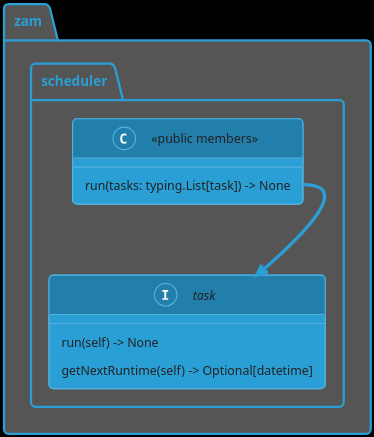
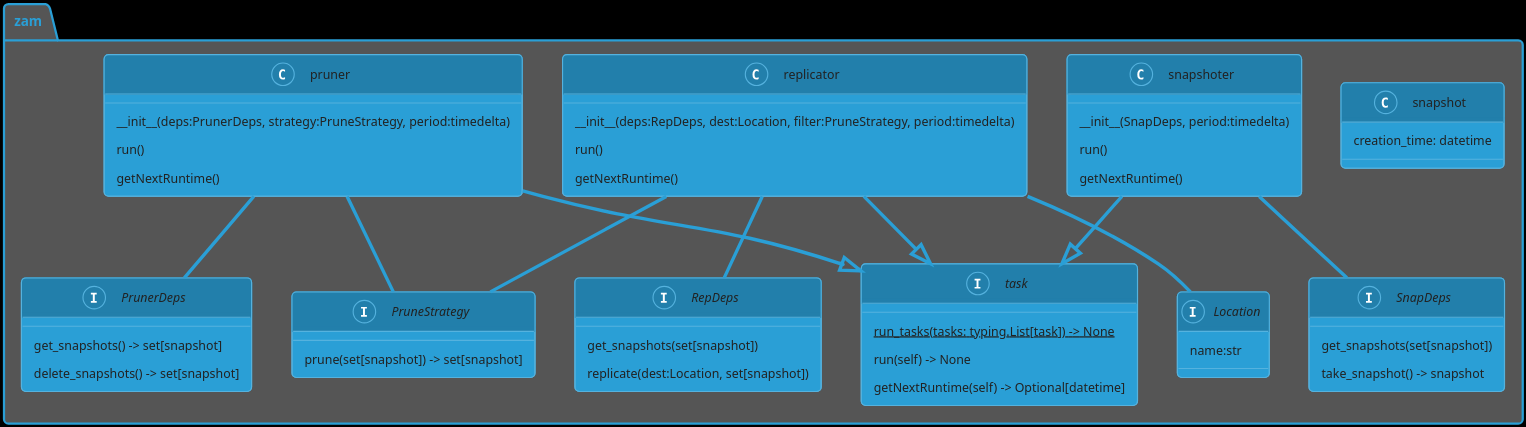
The diagram in docs/class_diagram.plantuml (Ivan-Johnson/ZAM), drawn with PlantUML before and after one commit. The commit also changed 1 other file, not shown here.

Commit message:
Begin drafting new ZAM design
Relates to #17

```diff
--- a/docs/class_diagram.plantuml
+++ b/docs/class_diagram.plantuml
@@ -1,21 +1,77 @@
 @startuml
 !theme cyborg
 skinparam backgroundColor black
 skinparam dpi 300
 
 package "zam" {
-	package "scheduler" {
-		interface task {
-			run(self) -> None
-			getNextRuntime(self) -> Optional[datetime]
-		}
+	interface task {
+		{static} run_tasks(tasks: typing.List[task]) -> None
+		run(self) -> None
+		getNextRuntime(self) -> Optional[datetime]
+	}
 
-		' TODO issue#19: is there a better way of doing this?
-		class "<<public members>>" {
-			run(tasks: typing.List[task]) -> None
-		}
+	class snapshot {
+		creation_time: datetime
+		'guid
+	}
 
-		"<<public members>>::run" --> task
+	interface SnapDeps {
+		get_snapshots(set[snapshot])
+		take_snapshot() -> snapshot
 	}
+
+	class snapshoter {
+		__init__(SnapDeps, period:timedelta)
+		run()
+		getNextRuntime()
+	}
+
+	snapshoter --|> task
+	snapshoter -- SnapDeps
+
+	interface RepDeps {
+		get_snapshots(set[snapshot])
+		replicate(dest:Location, set[snapshot])
+	}
+
+	interface Location {
+		name:str
+	}
+
+	class replicator {
+		__init__(deps:RepDeps, dest:Location, filter:PruneStrategy, period:timedelta)
+		run()
+		getNextRuntime()
+	}
+
+	replicator --|> task
+	replicator -- RepDeps
+	replicator -- Location
+	replicator -- PruneStrategy
+
+	class pruner {
+		__init__(deps:PrunerDeps, strategy:PruneStrategy, period:timedelta)
+		run()
+		getNextRuntime()
+	}
+
+	interface PruneStrategy {
+		prune(set[snapshot]) -> set[snapshot]
+	}
+
+	interface PrunerDeps {
+		get_snapshots() -> set[snapshot]
+		delete_snapshots() -> set[snapshot]
+	}
+
+	pruner --|> task
+	pruner -- PrunerDeps
+	pruner -- PruneStrategy
+
+	'TODO #17: there's still a lot missing
+	'* need some sort of interfaces for running commands. (implementation handles details such as what machine to SSH into)
+	'  * how to handle pipelines though?
+	'* need ZFS implementations of these interfaces
+	'* last, we need to import the config classes (we want to design for main code first; clean config code is a secondary concern)
 }
 @enduml
```
